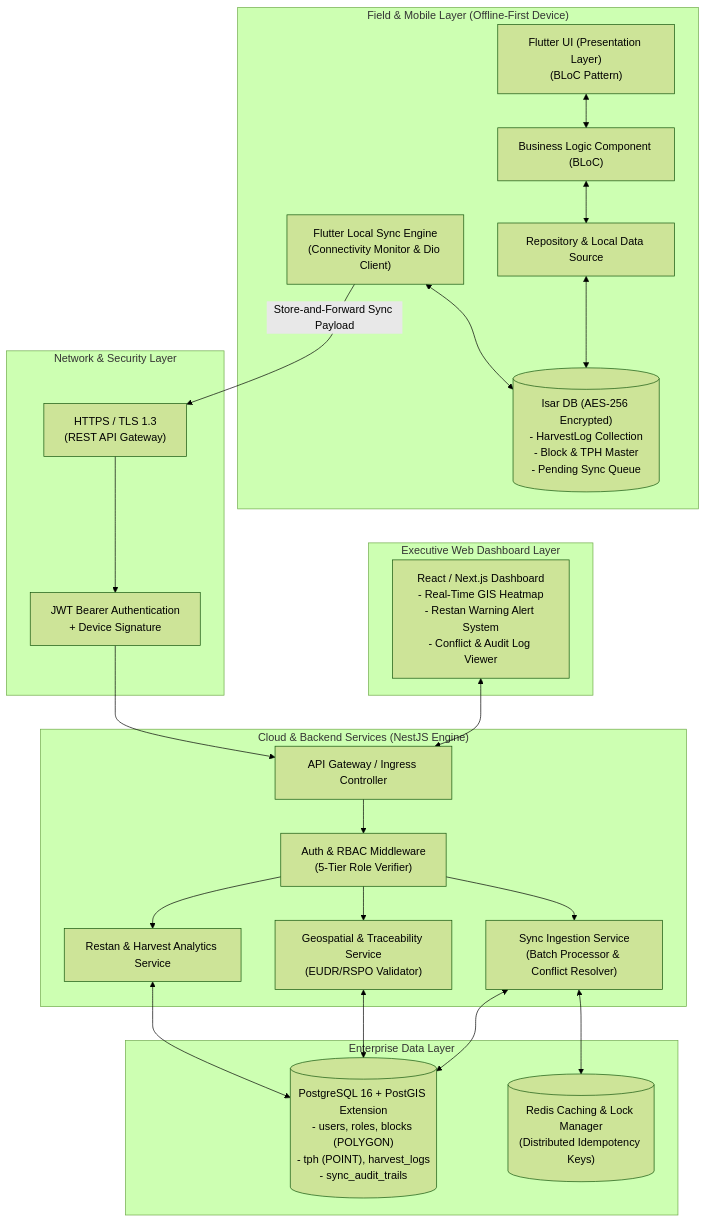
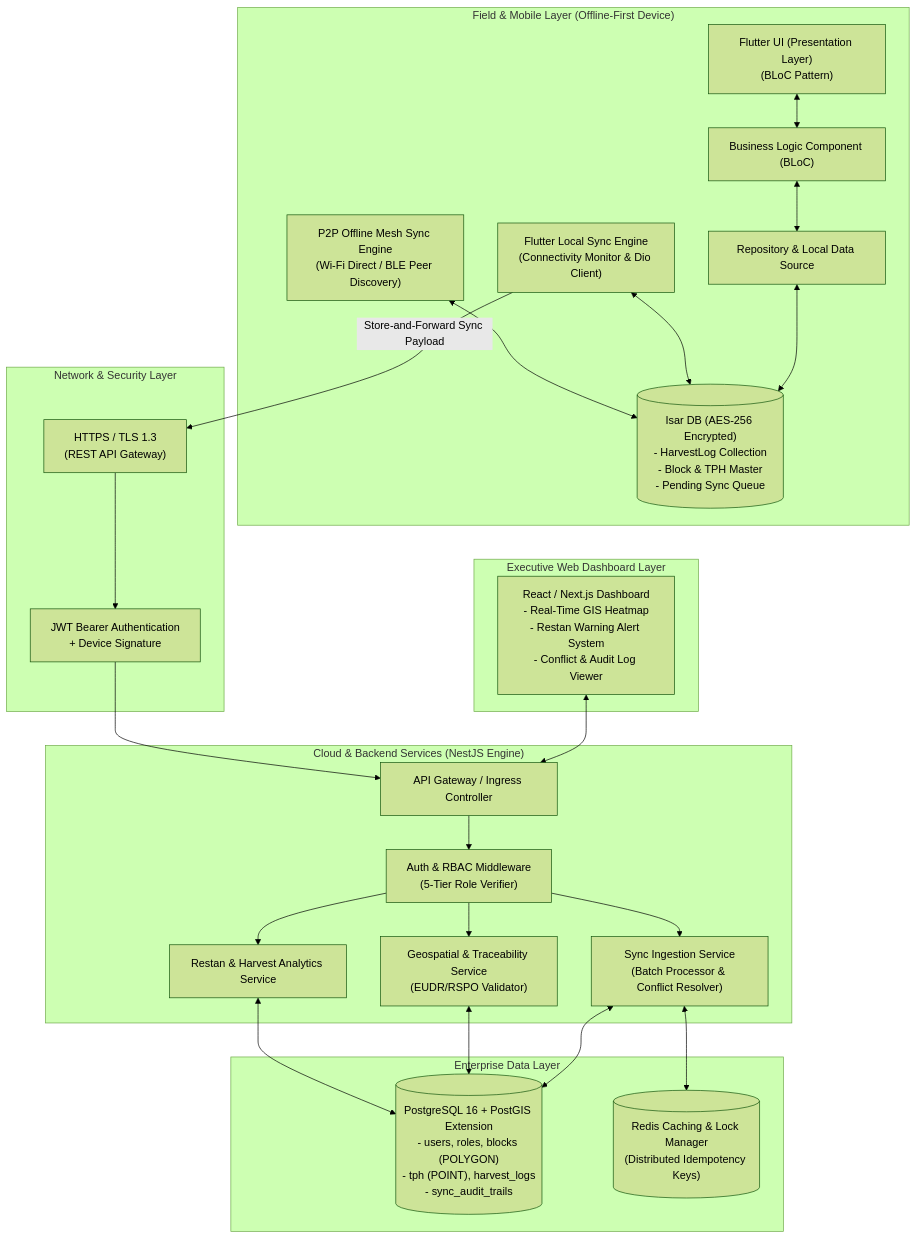
One commit to felichpehagasaginting-code/SawitGO changed the first of 3 diagrams in docs/system_architecture.md. Above: the diagram before and after it, drawn with Mermaid (forest theme). The commit also changed other lines of this file and 1 other file, not shown here.

Commit message:
docs: integrate P2P Realtime Mesh Sync module into PRD roadmap and System Architecture

````diff
--- a/docs/system_architecture.md
+++ b/docs/system_architecture.md
@@ -23,52 +24,54 @@
 ```mermaid
 graph TB
     subgraph FIELD_TIER ["Field & Mobile Layer (Offline-First Device)"]
         UI["Flutter UI (Presentation Layer)\n(BLoC Pattern)"]
         BLOC["Business Logic Component (BLoC)"]
         REPO["Repository & Local Data Source"]
         ISAR[("Isar DB (AES-256 Encrypted)\n- HarvestLog Collection\n- Block & TPH Master\n- Pending Sync Queue")]
         SYNC_CLIENT["Flutter Local Sync Engine\n(Connectivity Monitor & Dio Client)"]
+        P2P_MESH["P2P Offline Mesh Sync Engine\n(Wi-Fi Direct / BLE Peer Discovery)"]
         
         UI <--> BLOC
         BLOC <--> REPO
         REPO <--> ISAR
         SYNC_CLIENT <--> ISAR
+        P2P_MESH <--> ISAR
     end
 
     subgraph NETWORK_TIER ["Network & Security Layer"]
         TLS["HTTPS / TLS 1.3\n(REST API Gateway)"]
         AUTH_HEADER["JWT Bearer Authentication\n+ Device Signature"]
     end
 
     subgraph CLOUD_TIER ["Cloud & Backend Services (NestJS Engine)"]
         GATEWAY["API Gateway / Ingress Controller"]
         AUTH_SVC["Auth & RBAC Middleware\n(5-Tier Role Verifier)"]
         SYNC_SVC["Sync Ingestion Service\n(Batch Processor & Conflict Resolver)"]
         GEO_SVC["Geospatial & Traceability Service\n(EUDR/RSPO Validator)"]
         RESTAN_SVC["Restan & Harvest Analytics Service"]
         
         GATEWAY --> AUTH_SVC
         AUTH_SVC --> SYNC_SVC
         AUTH_SVC --> GEO_SVC
         AUTH_SVC --> RESTAN_SVC
     end
 
     subgraph DATA_TIER ["Enterprise Data Layer"]
         PG[("PostgreSQL 16 + PostGIS Extension\n- users, roles, blocks (POLYGON)\n- tph (POINT), harvest_logs\n- sync_audit_trails")]
         REDIS[("Redis Caching & Lock Manager\n(Distributed Idempotency Keys)")]
         
         SYNC_SVC <--> PG
         SYNC_SVC <--> REDIS
         GEO_SVC <--> PG
         RESTAN_SVC <--> PG
     end
 
     subgraph WEB_TIER ["Executive Web Dashboard Layer"]
         DASH_UI["React / Next.js Dashboard\n- Real-Time GIS Heatmap\n- Restan Warning Alert System\n- Conflict & Audit Log Viewer"]
         DASH_UI <--> GATEWAY
     end
 
     SYNC_CLIENT -- "Store-and-Forward Sync Payload" --> TLS
     TLS --> AUTH_HEADER
     AUTH_HEADER --> GATEWAY
 ```
````
